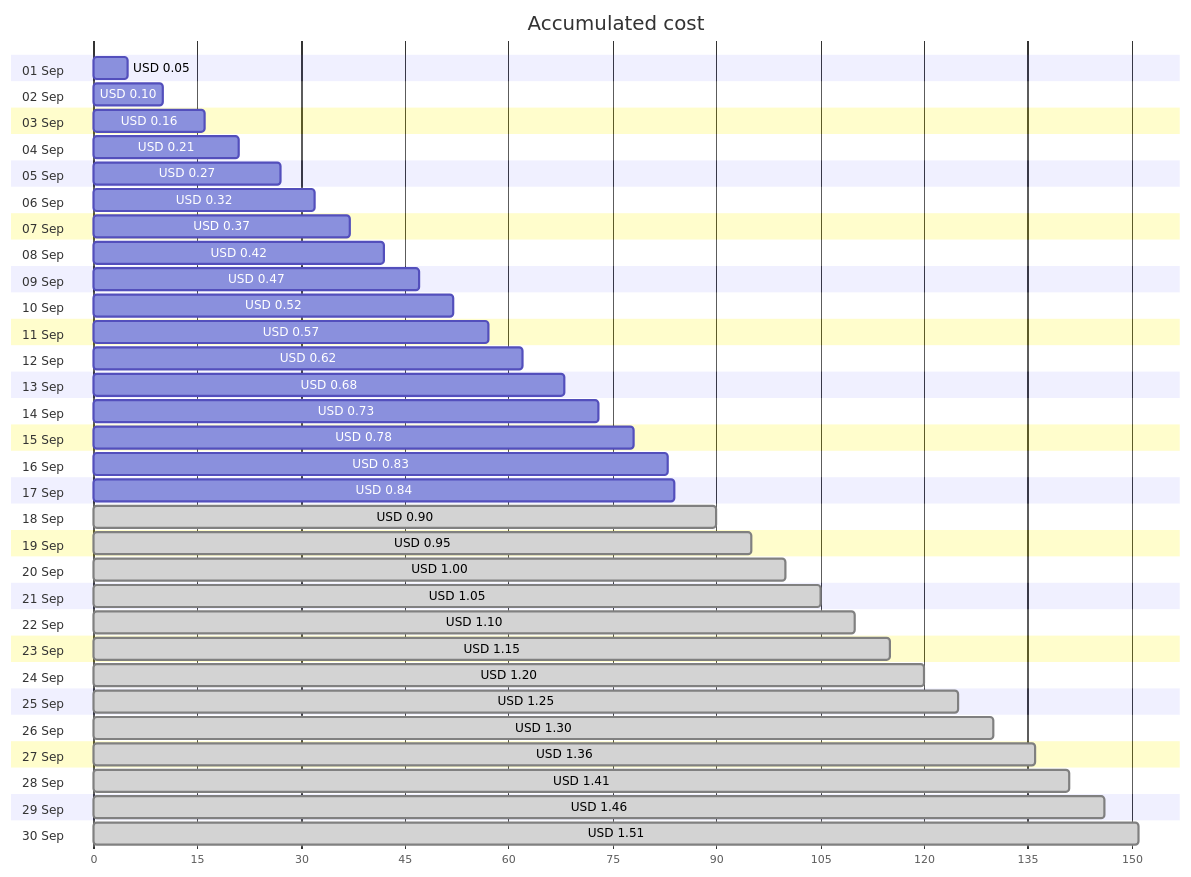
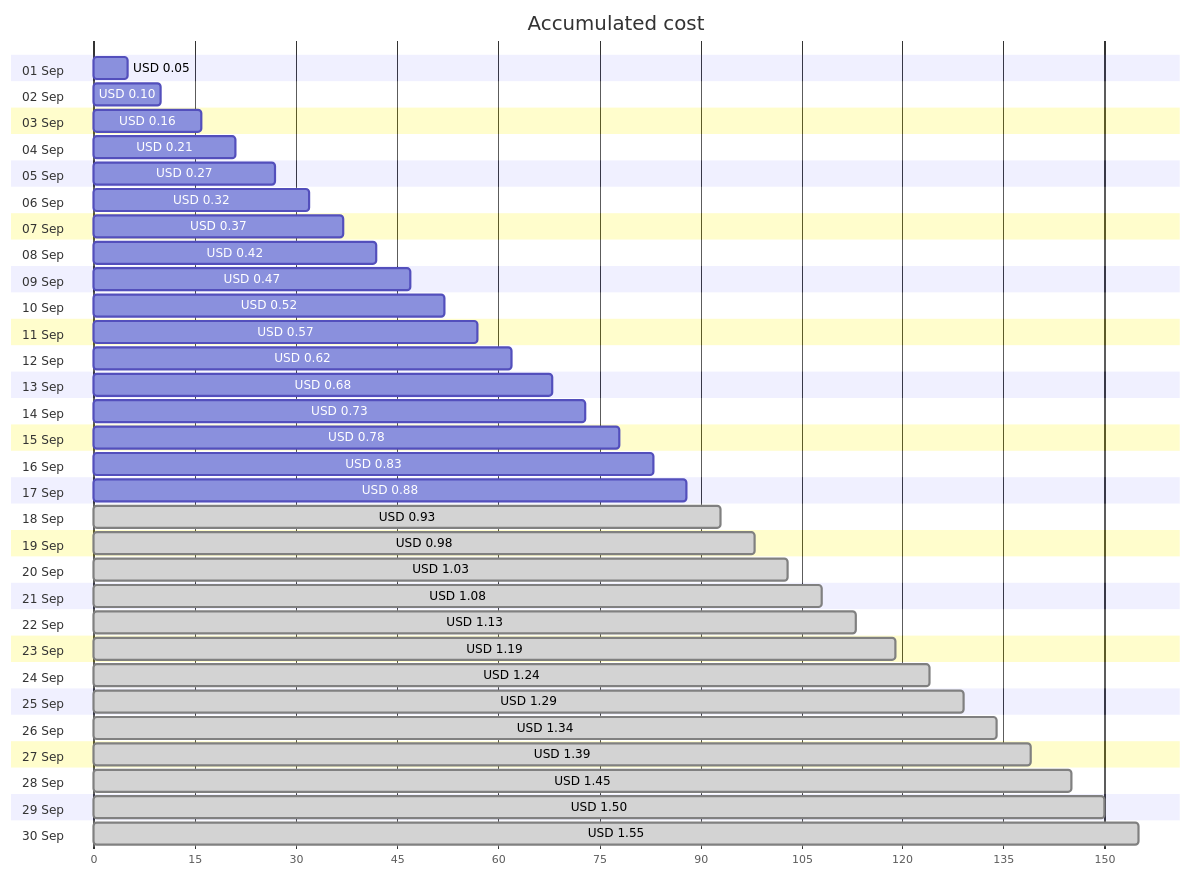
The first of 4 diagrams in cost-reports/personal-network/win-dev_OsDisk.md (jpfulton/azure-personal-reports), drawn with Mermaid before and after one commit. The commit also changed other lines of this file and 17 other files, not shown here.

````diff
--- a/cost-reports/personal-network/win-dev_OsDisk.md
+++ b/cost-reports/personal-network/win-dev_OsDisk.md
@@ -20,66 +20,66 @@
 ```mermaid
 gantt
    title Accumulated cost
    dateFormat  X
    axisFormat %s
    section 01 Sep
    USD 0.05 :0, 5
    section 02 Sep
    USD 0.10 :0, 10
    section 03 Sep
    USD 0.16 :0, 16
    section 04 Sep
    USD 0.21 :0, 21
    section 05 Sep
    USD 0.27 :0, 27
    section 06 Sep
    USD 0.32 :0, 32
    section 07 Sep
    USD 0.37 :0, 37
    section 08 Sep
    USD 0.42 :0, 42
    section 09 Sep
    USD 0.47 :0, 47
    section 10 Sep
    USD 0.52 :0, 52
    section 11 Sep
    USD 0.57 :0, 57
    section 12 Sep
    USD 0.62 :0, 62
    section 13 Sep
    USD 0.68 :0, 68
    section 14 Sep
    USD 0.73 :0, 73
    section 15 Sep
    USD 0.78 :0, 78
    section 16 Sep
    USD 0.83 :0, 83
    section 17 Sep
-   USD 0.84 :0, 84
+   USD 0.88 :0, 88
    section 18 Sep
-   USD 0.90 : done, 0, 90
+   USD 0.93 : done, 0, 93
    section 19 Sep
-   USD 0.95 : done, 0, 95
+   USD 0.98 : done, 0, 98
    section 20 Sep
-   USD 1.00 : done, 0, 100
+   USD 1.03 : done, 0, 103
    section 21 Sep
-   USD 1.05 : done, 0, 105
+   USD 1.08 : done, 0, 108
    section 22 Sep
-   USD 1.10 : done, 0, 110
+   USD 1.13 : done, 0, 113
    section 23 Sep
-   USD 1.15 : done, 0, 115
+   USD 1.19 : done, 0, 119
    section 24 Sep
-   USD 1.20 : done, 0, 120
+   USD 1.24 : done, 0, 124
    section 25 Sep
-   USD 1.25 : done, 0, 125
+   USD 1.29 : done, 0, 129
    section 26 Sep
-   USD 1.30 : done, 0, 130
+   USD 1.34 : done, 0, 134
    section 27 Sep
-   USD 1.36 : done, 0, 136
+   USD 1.39 : done, 0, 139
    section 28 Sep
-   USD 1.41 : done, 0, 141
+   USD 1.45 : done, 0, 145
    section 29 Sep
-   USD 1.46 : done, 0, 146
+   USD 1.50 : done, 0, 150
    section 30 Sep
-   USD 1.51 : done, 0, 151
+   USD 1.55 : done, 0, 155
 ```
````
